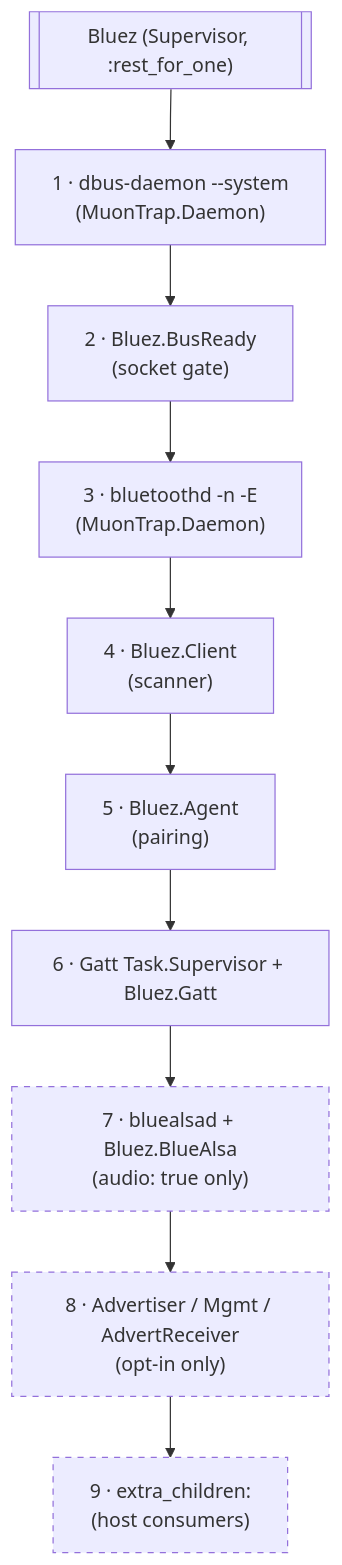
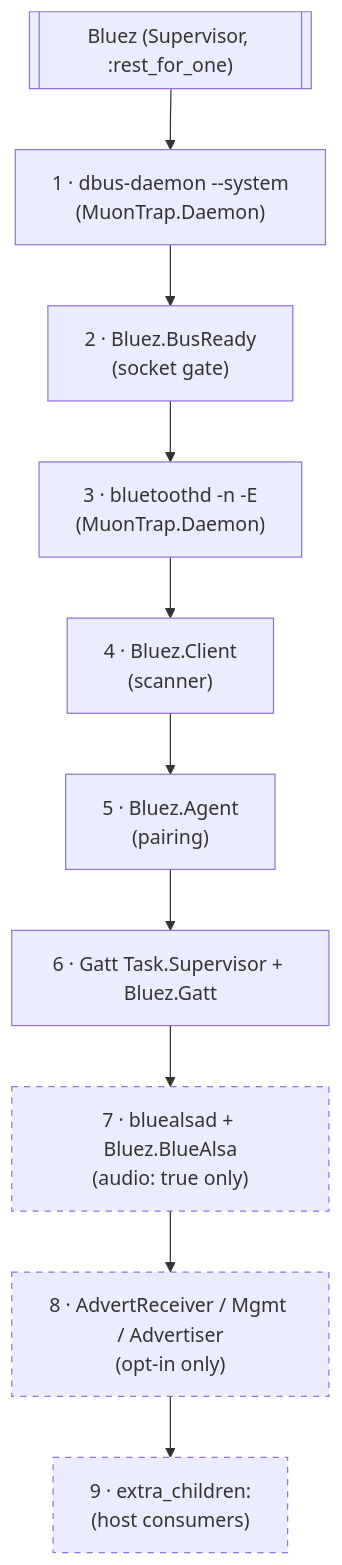
One commit to bbangert/bluez changed the first of 3 diagrams in guides/architecture.md. Above: the diagram before and after it, drawn with Mermaid. The commit also changed other lines of this file and 9 other files, not shown here.

````diff
--- a/guides/architecture.md
+++ b/guides/architecture.md
@@ -16,17 +16,17 @@
 ```mermaid
 flowchart TB
     sup[["Bluez (Supervisor, :rest_for_one)"]]
     sup --> dbus["1 · dbus-daemon --system<br/>(MuonTrap.Daemon)"]
     dbus --> gate["2 · Bluez.BusReady<br/>(socket gate)"]
     gate --> btd["3 · bluetoothd -n -E<br/>(MuonTrap.Daemon)"]
     btd --> client["4 · Bluez.Client<br/>(scanner)"]
     client --> agent["5 · Bluez.Agent<br/>(pairing)"]
     agent --> gatt["6 · Gatt Task.Supervisor + Bluez.Gatt"]
     gatt --> alsa["7 · bluealsad + Bluez.BlueAlsa<br/>(audio: true only)"]
-    alsa --> radio["8 · Advertiser / Mgmt / AdvertReceiver<br/>(opt-in only)"]
+    alsa --> radio["8 · AdvertReceiver / Mgmt / Advertiser<br/>(opt-in only)"]
     radio --> extra["9 · extra_children:<br/>(host consumers)"]
 
     style alsa stroke-dasharray: 5 5
     style radio stroke-dasharray: 5 5
     style extra stroke-dasharray: 5 5
 ```
````
